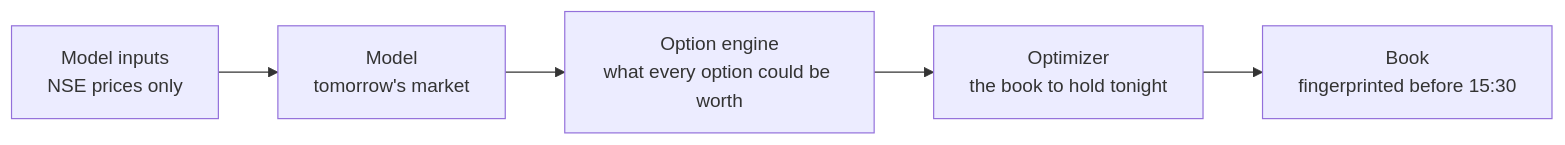
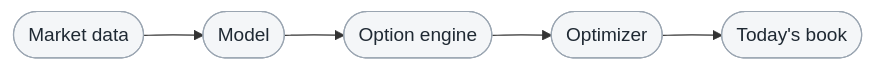
One commit to rohita2864/nifty-options-forward changed the first of 2 diagrams in README.md. Above: the diagram before and after it, drawn with Mermaid. The commit also changed other lines of this file, not shown here.

````diff
--- a/README.md
+++ b/README.md
@@ -28,7 +28,6 @@
 ```mermaid
 flowchart LR
-    A["Model inputs<br/>NSE prices only"] --> B["Model<br/>tomorrow's market"]
-    B --> C["Option engine<br/>what every option could be worth"]
-    C --> D["Optimizer<br/>the book to hold tonight"]
-    D --> E["Book<br/>fingerprinted before 15:30"]
+    A([Market data]) --> B([Model]) --> C([Option engine]) --> D([Optimizer]) --> E([Today's book])
+    classDef s fill:#f4f6f8,stroke:#9aa5b1,color:#1f2933
+    class A,B,C,D,E s
 ```
````
